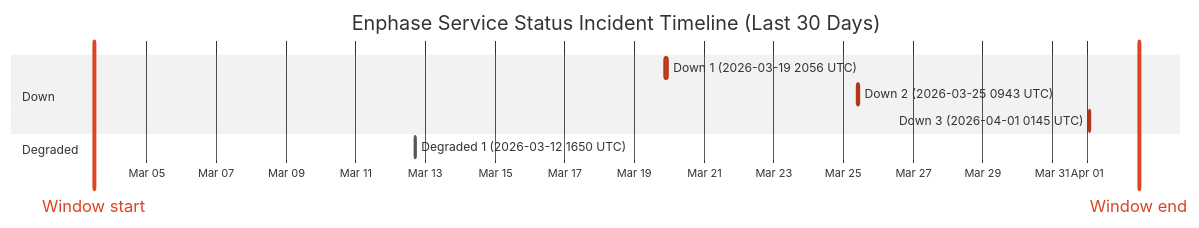
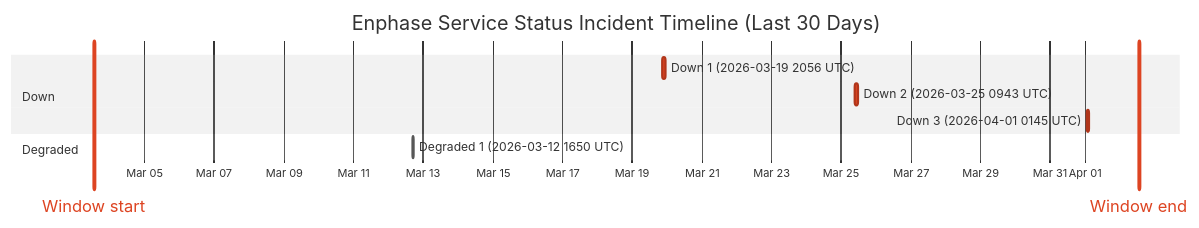
Before and after one commit to barneyonline/ha-enphase-ev-charger: the diagram in wiki/Service-Status-History.md, drawn with Mermaid (neutral theme). The commit also changed other lines of this file and 3 other files, not shown here.

````diff
--- a/wiki/Service-Status-History.md
+++ b/wiki/Service-Status-History.md
@@ -14,14 +14,14 @@
 ```mermaid
 gantt
     title Enphase Service Status Incident Timeline (Last 30 Days)
     dateFormat  YYYY-MM-DDTHH:mm:ss
     axisFormat  %b %d
-    Window start :vert, window-start, 2026-03-03T11:43:56, 0ms
-    Window end :vert, window-end, 2026-04-02T11:43:56, 0ms
+    Window start :vert, window-start, 2026-03-03T13:12:17, 0ms
+    Window end :vert, window-end, 2026-04-02T13:12:17, 0ms
     section Down
     Down 1 (2026-03-19 2056 UTC) :crit, down-1, 2026-03-19T20:56:20, 145m
     Down 2 (2026-03-25 0943 UTC) :crit, down-2, 2026-03-25T09:43:28, 111m
     Down 3 (2026-04-01 0145 UTC) :crit, down-3, 2026-04-01T01:45:09, 60m
     section Degraded
     Degraded 1 (2026-03-12 1650 UTC) :active, degraded-1, 2026-03-12T16:50:43, 60m
 ```
````
